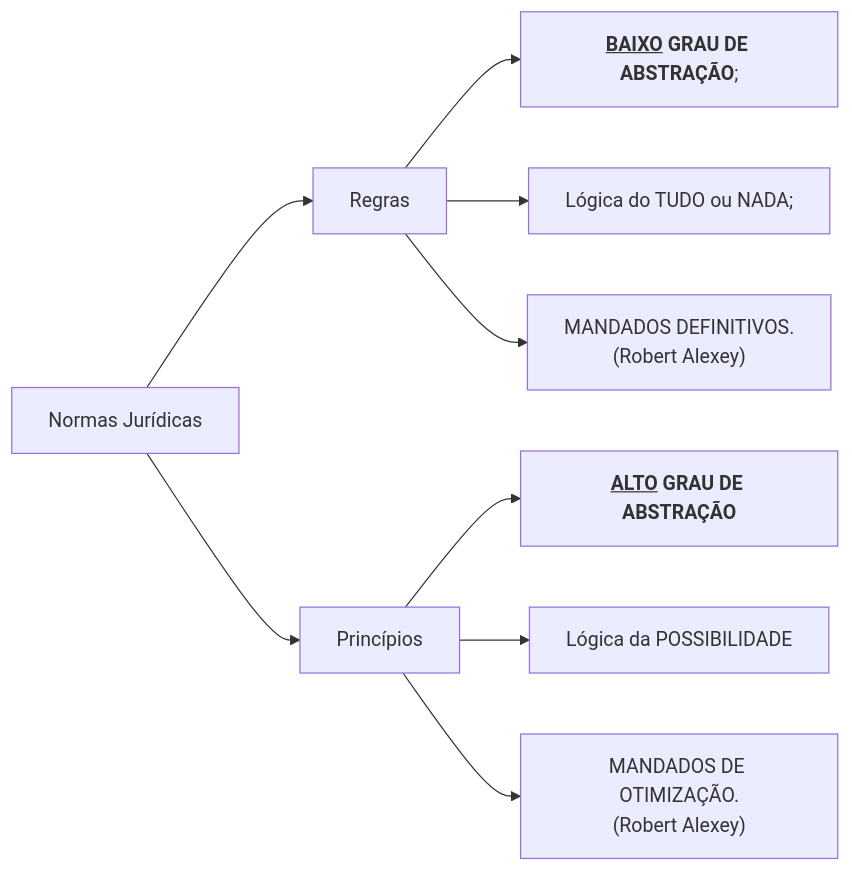
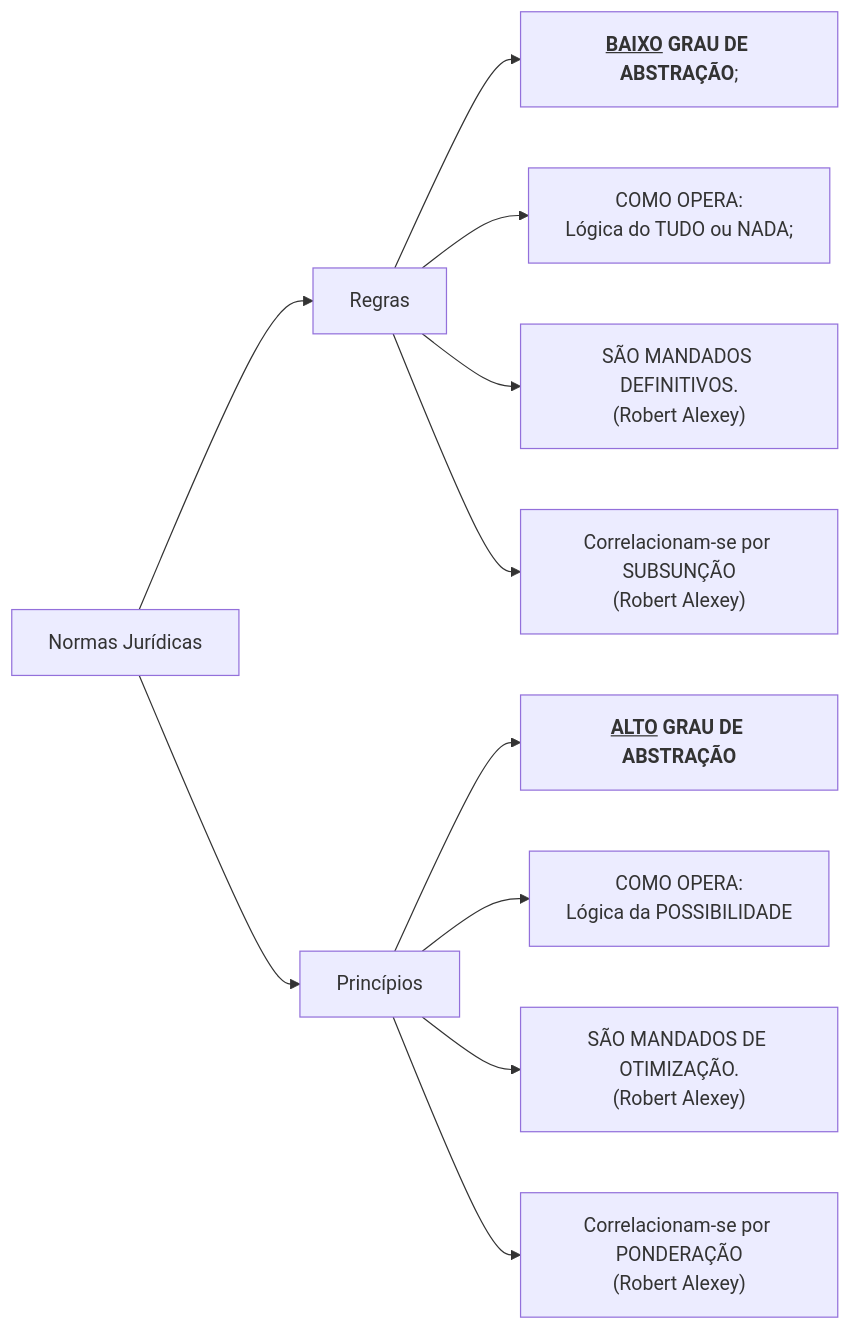
One commit to dnlclaudino/bacharelado-em-direito changed the second of 2 diagrams in P1/teoria-do-direito/notas-de-aulas/notas-de-aula-2024-05-13.md. Above: the diagram before and after it, drawn with Mermaid.

Commit message:
Revisar: NOTAS DE AULA de TEORIA DO DIREITO em 13/05/2024

````diff
--- a/P1/teoria-do-direito/notas-de-aulas/notas-de-aula-2024-05-13.md
+++ b/P1/teoria-do-direito/notas-de-aulas/notas-de-aula-2024-05-13.md
@@ -81,13 +93,15 @@
 ```mermaid
 flowchart LR;
 NJ["Normas Jurídicas"]-->R["Regras"]
 NJ-->P["Princípios"]
 
 R-->BGA["<b><u>BAIXO</u> GRAU DE ABSTRAÇÃO</b>;"]
-R-->LTN["Lógica do TUDO ou NADA;"]
-R-->MD["MANDADOS DEFINITIVOS.<br>(Robert Alexey)"]
+R-->LTN["COMO OPERA:<br>Lógica do TUDO ou NADA;"]
+R-->MD["SÃO MANDADOS DEFINITIVOS.<br>(Robert Alexey)"]
+R-->CS["Correlacionam-se por SUBSUNÇÃO<br>(Robert Alexey)"]
 
 P-->AGA["<b><u>ALTO</u> GRAU DE ABSTRAÇÃO</b>"]
-P-->LP["Lógica da POSSIBILIDADE"]
-P-->MO["MANDADOS DE OTIMIZAÇÃO.<br>(Robert Alexey)"]
+P-->LP["COMO OPERA:<br>Lógica da POSSIBILIDADE"]
+P-->MO["SÃO MANDADOS DE OTIMIZAÇÃO.<br>(Robert Alexey)"]
+P-->CP["Correlacionam-se por PONDERAÇÃO<br>(Robert Alexey)"]
 ```
````
